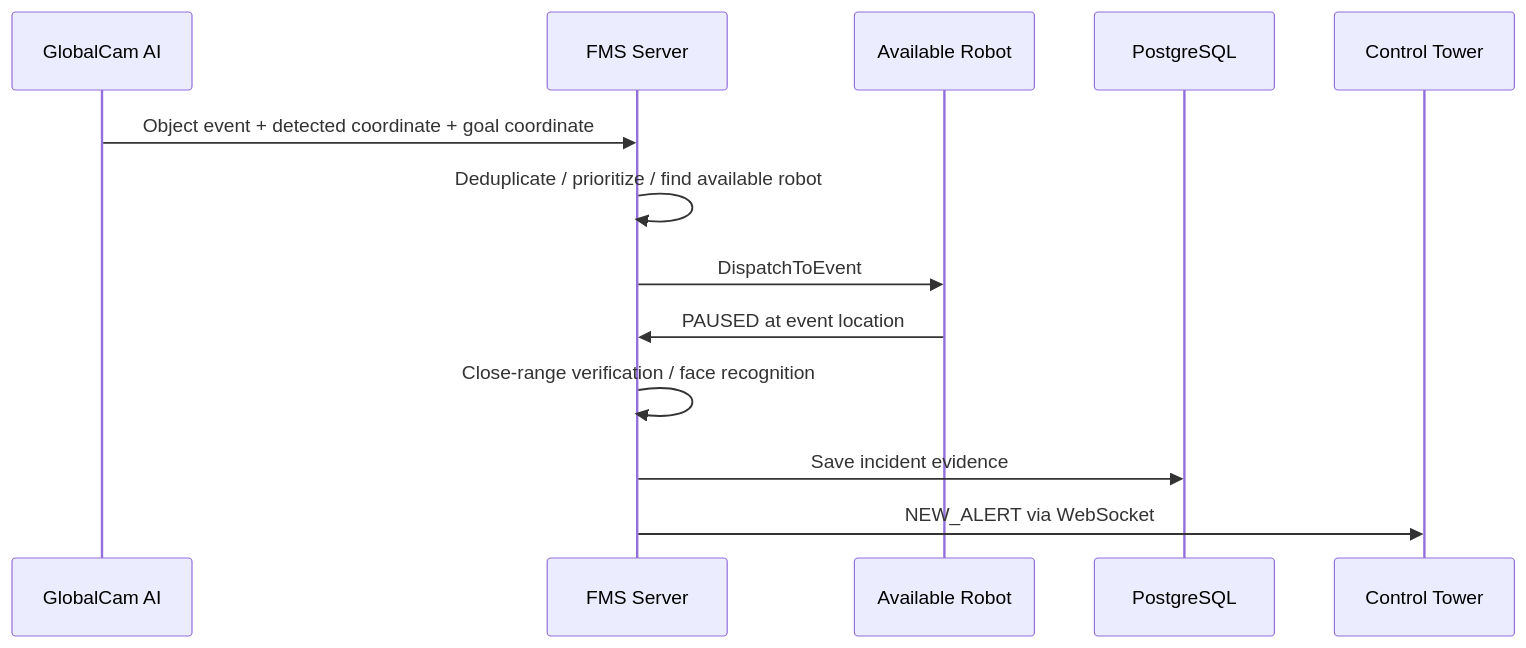
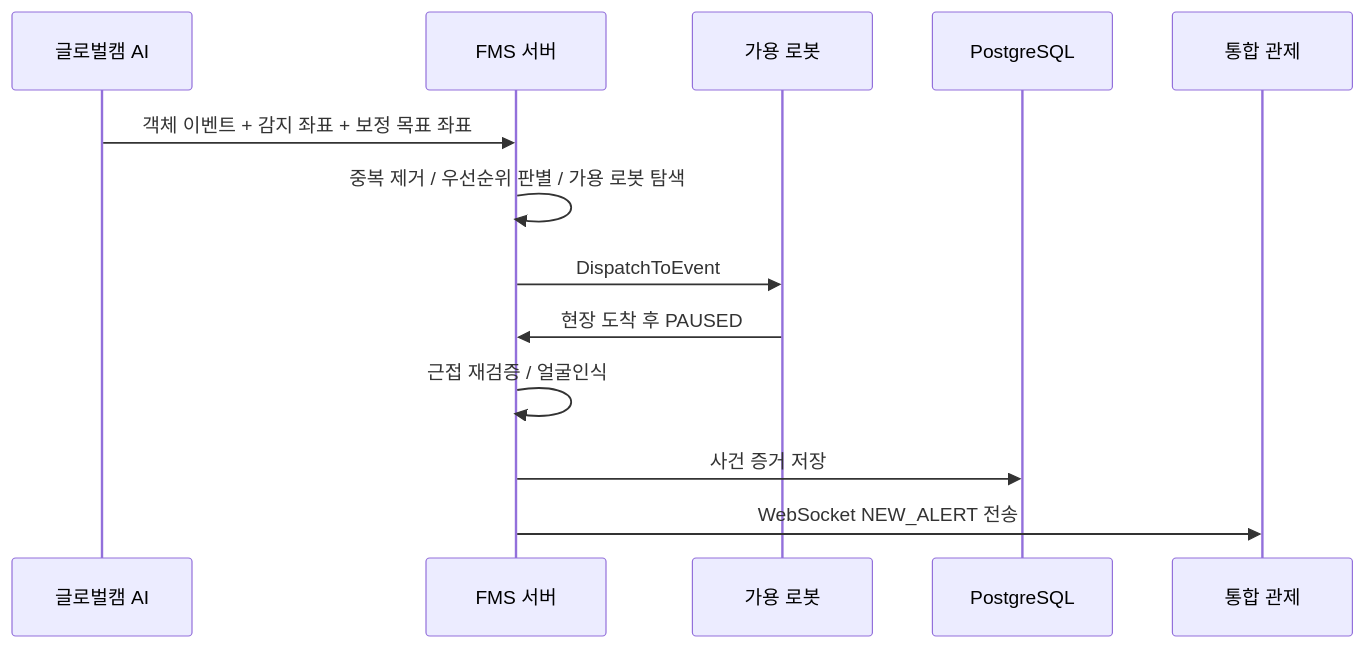
The second of 2 diagrams in server_db/README.md (eduwing-robotics/ros2-ai-amr-repo4), drawn with Mermaid before and after one commit. The commit also changed other lines of this file and 7 other files, not shown here.

Commit message:
docs: add server architecture and integration documents

````diff
--- a/server_db/README.md
+++ b/server_db/README.md
@@ -52,16 +52,16 @@
 ```mermaid
 sequenceDiagram
-    participant AI as GlobalCam AI
-    participant FMS as FMS Server
-    participant Robot as Available Robot
+    participant AI as 글로벌캠 AI
+    participant FMS as FMS 서버
+    participant Robot as 가용 로봇
     participant DB as PostgreSQL
-    participant GUI as Control Tower
+    participant GUI as 통합 관제
 
-    AI->>FMS: Object event + detected coordinate + goal coordinate
-    FMS->>FMS: Deduplicate / prioritize / find available robot
+    AI->>FMS: 객체 이벤트 + 감지 좌표 + 보정 목표 좌표
+    FMS->>FMS: 중복 제거 / 우선순위 판별 / 가용 로봇 탐색
     FMS->>Robot: DispatchToEvent
-    Robot->>FMS: PAUSED at event location
-    FMS->>FMS: Close-range verification / face recognition
-    FMS->>DB: Save incident evidence
-    FMS->>GUI: NEW_ALERT via WebSocket
+    Robot->>FMS: 현장 도착 후 PAUSED
+    FMS->>FMS: 근접 재검증 / 얼굴인식
+    FMS->>DB: 사건 증거 저장
+    FMS->>GUI: WebSocket NEW_ALERT 전송
 ```
````
